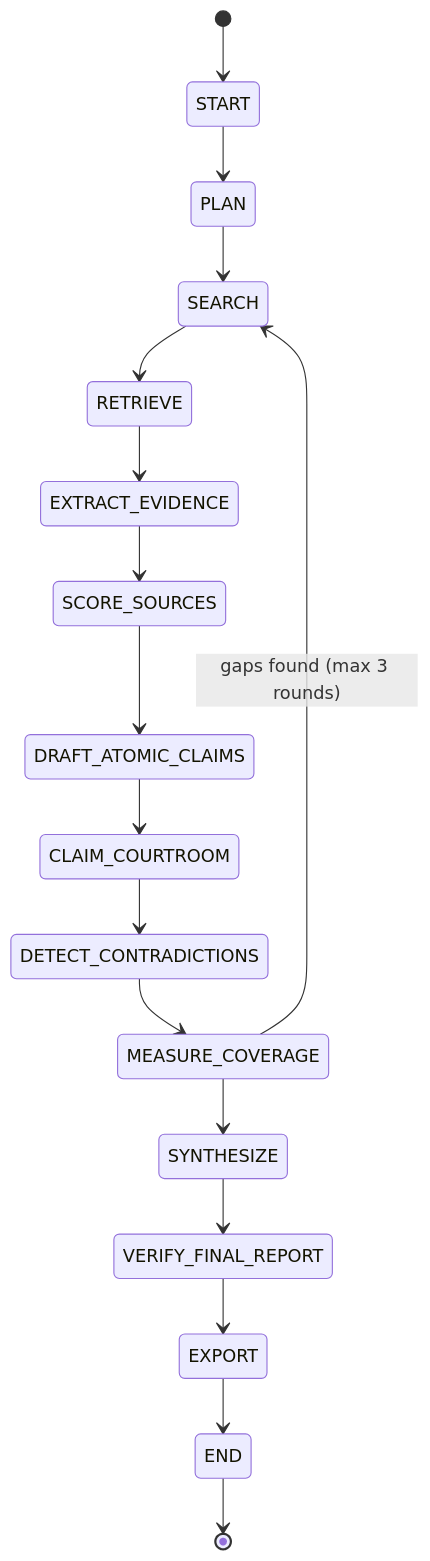
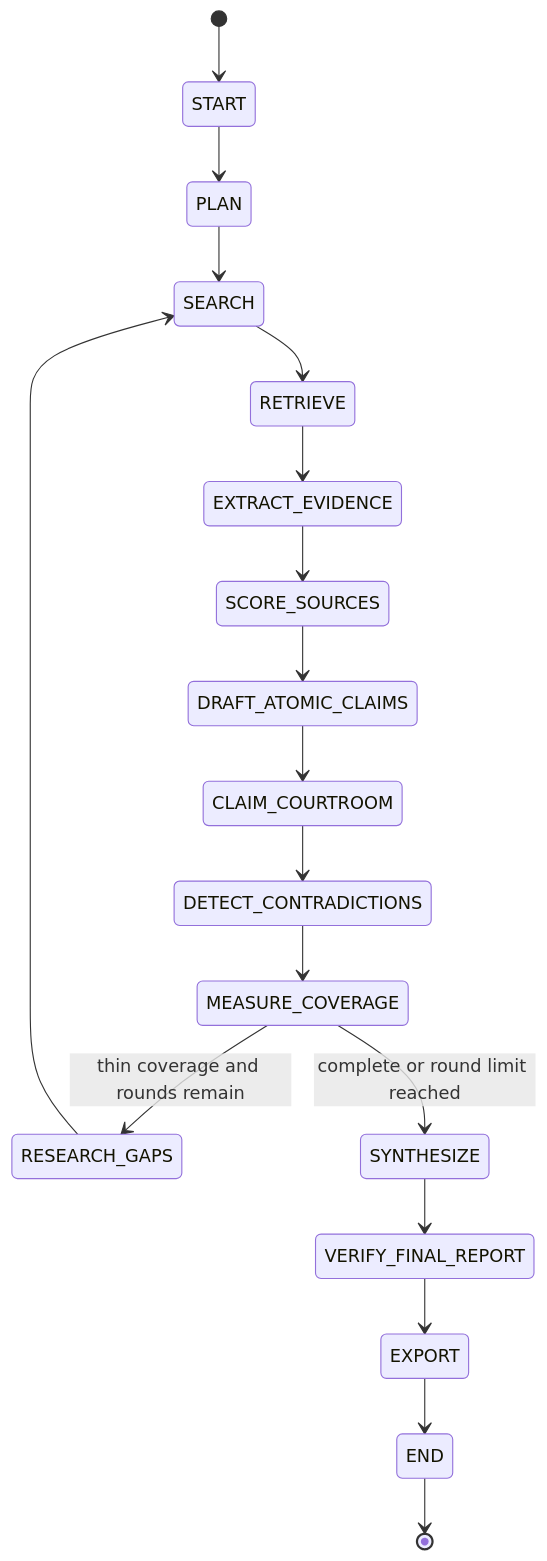
Before and after one commit to seelamramesh/deepdive: the second of 5 diagrams in README.md, drawn with Mermaid. The commit also changed other lines of this file and 8 other files, not shown here.

Commit message:
Clarify cache history and refresh tested architecture flow guides

````diff
--- a/README.md
+++ b/README.md
@@ -35,19 +31,20 @@
 ```mermaid
 stateDiagram-v2
     [*] --> START
     START --> PLAN
     PLAN --> SEARCH
     SEARCH --> RETRIEVE
     RETRIEVE --> EXTRACT_EVIDENCE
     EXTRACT_EVIDENCE --> SCORE_SOURCES
     SCORE_SOURCES --> DRAFT_ATOMIC_CLAIMS
     DRAFT_ATOMIC_CLAIMS --> CLAIM_COURTROOM
     CLAIM_COURTROOM --> DETECT_CONTRADICTIONS
     DETECT_CONTRADICTIONS --> MEASURE_COVERAGE
-    MEASURE_COVERAGE --> SEARCH : gaps found (max 3 rounds)
-    MEASURE_COVERAGE --> SYNTHESIZE
+    MEASURE_COVERAGE --> RESEARCH_GAPS: thin coverage and rounds remain
+    RESEARCH_GAPS --> SEARCH
+    MEASURE_COVERAGE --> SYNTHESIZE: complete or round limit reached
     SYNTHESIZE --> VERIFY_FINAL_REPORT
     VERIFY_FINAL_REPORT --> EXPORT
     EXPORT --> END
     END --> [*]
 ```
````
